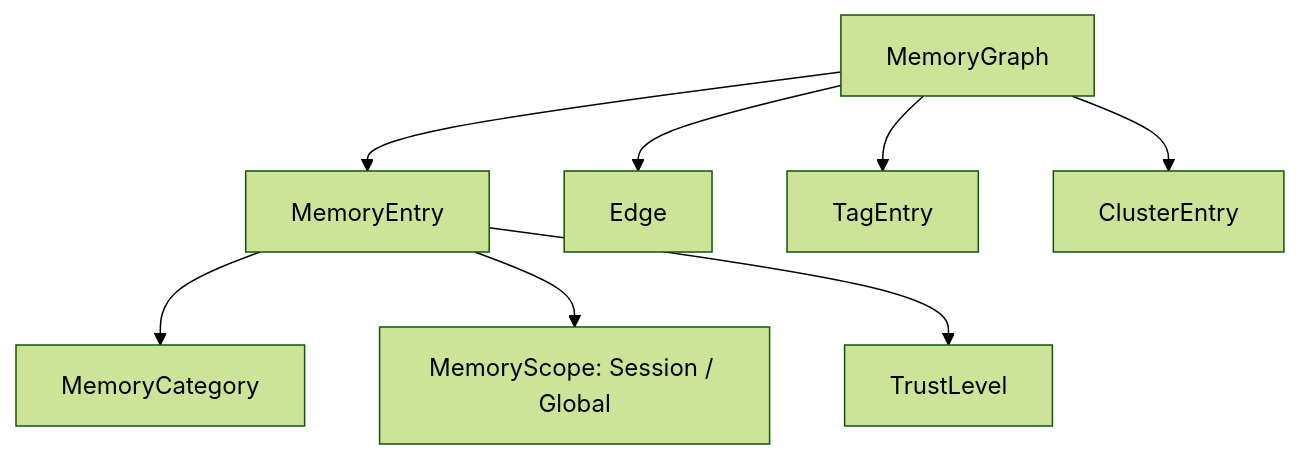
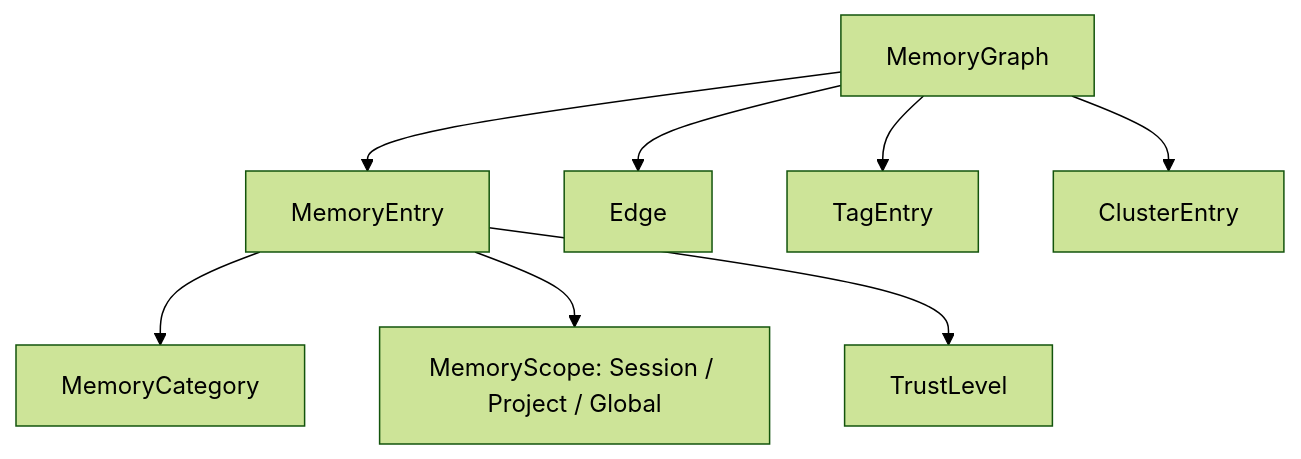
One commit to nickma80/fox-agent-sdk changed the second of 3 diagrams in docs/whitepaper.md. Above: the diagram before and after it, drawn with Mermaid (forest theme). The commit also changed other lines of this file and 42 other files, not shown here.

````diff
--- a/docs/whitepaper.md
+++ b/docs/whitepaper.md
@@ -281,10 +281,10 @@
 ```mermaid
 graph TD
     ME[MemoryEntry] --> MC[MemoryCategory]
-    ME --> MS[MemoryScope: Session / Global]
+    ME --> MS[MemoryScope: Session / Project / Global]
     ME --> MT[TrustLevel]
     MG[MemoryGraph] --> ME
     MG --> Edge
     MG --> TagEntry
     MG --> ClusterEntry
 ```
````
